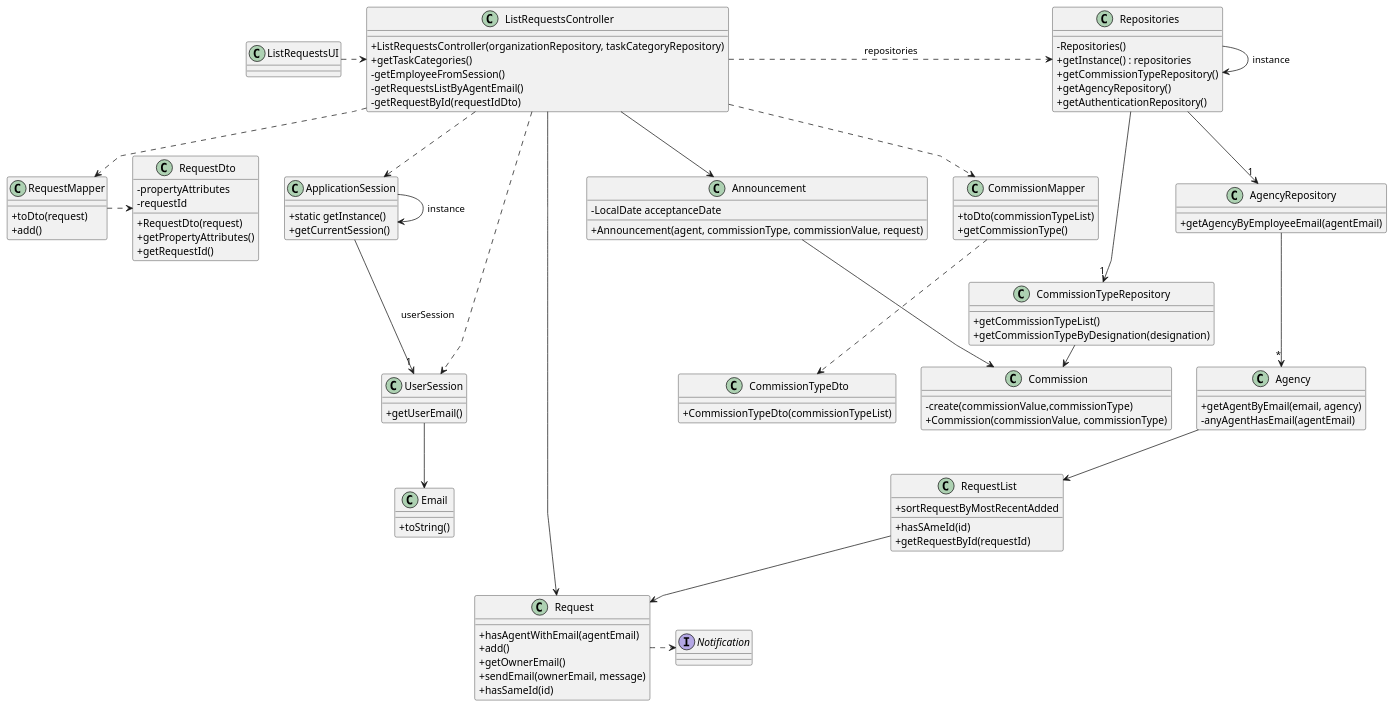
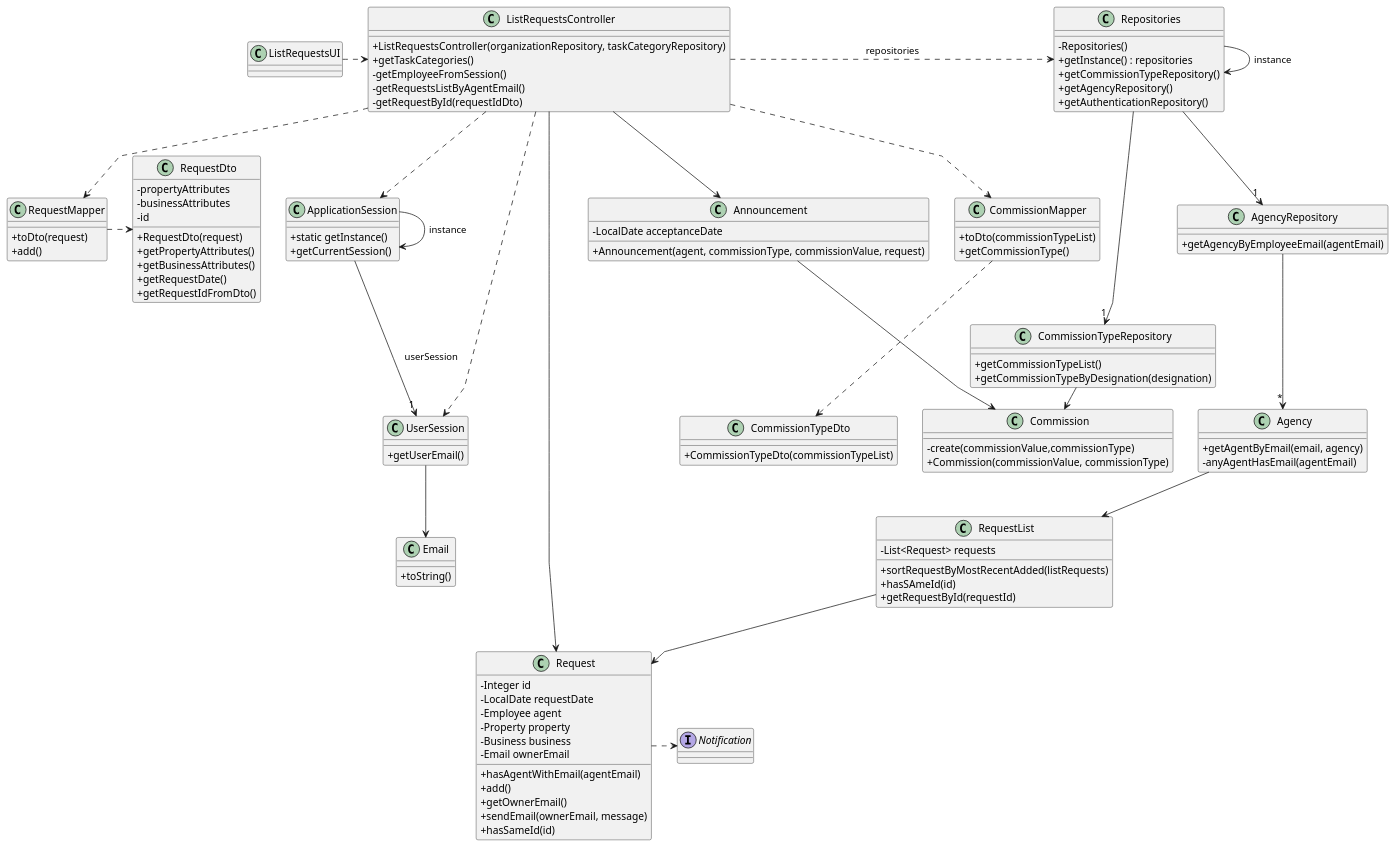
Before and after one commit to rita-barbosa/LAPR2-2223: the diagram in docs/sprintC/us008/03.design/puml/us008-class-diagram.puml, drawn with PlantUML. The commit also changed 1 other file, not shown here.

Commit message:
Update Class Diagram + SVG [US008][Design]

```diff
--- a/docs/sprintC/us008/03.design/puml/us008-class-diagram.puml
+++ b/docs/sprintC/us008/03.design/puml/us008-class-diagram.puml
@@ -1,151 +1,163 @@
 @startuml
 'skinparam monochrome true
 skinparam packageStyle rectangle
 skinparam shadowing false
 skinparam linetype polyline
 'skinparam linetype orto
 
 skinparam classAttributeIconSize 0
 
 'left to right direction
 
 class ApplicationSession {
     + static getInstance()
     + getCurrentSession()
 }
 
 class UserSession {
     + getUserEmail()
 }
 
 'class Person {
 '    - agentEmail
 '}
 
 class CommissionTypeRepository {
     + getCommissionTypeList()
     + getCommissionTypeByDesignation(designation)
 }
 
 class AgencyRepository {
     + getAgencyByEmployeeEmail(agentEmail)
 }
 
 class Repositories {
     - Repositories()
     + getInstance() : repositories
     + getCommissionTypeRepository()
     + getAgencyRepository()
     + getAuthenticationRepository()
 }
 
 class ListRequestsController {
     + ListRequestsController(organizationRepository, taskCategoryRepository)
     + getTaskCategories()
     - getEmployeeFromSession()
     - getRequestsListByAgentEmail()
     - getRequestById(requestIdDto)
 
 }
 
 class ListRequestsUI {
 }
 
 class Email{
  +toString()
 }
 
 class Announcement{
     - LocalDate acceptanceDate
     + Announcement(agent, commissionType, commissionValue, request)
 }
 
 class Commission{
     - create(commissionValue,commissionType)
     + Commission(commissionValue, commissionType)
 }
 
 class Agency{
     + getAgentByEmail(email, agency)
     - anyAgentHasEmail(agentEmail)
 }
 
 class Request{
+-Integer id
+-LocalDate requestDate
+-Employee agent
+-Property property
+-Business business
+-Email ownerEmail
+
 +hasAgentWithEmail(agentEmail)
 +add()
 +getOwnerEmail()
 +sendEmail(ownerEmail, message)
 +hasSameId(id)
 }
 
 class RequestList{
-+sortRequestByMostRecentAdded
+-List<Request> requests
+
++sortRequestByMostRecentAdded(listRequests)
 +hasSAmeId(id)
 +getRequestById(requestId)
 }
 
 class RequestMapper{
 +toDto(request)
 +add()
 }
 
 class RequestDto{
 -propertyAttributes
--requestId
+-businessAttributes
+-id
 
 +RequestDto(request)
 +getPropertyAttributes()
-+getRequestId()
++getBusinessAttributes()
++getRequestDate()
++getRequestIdFromDto()
 }
 
 interface Notification{
 }
 
 class CommissionMapper{
 +toDto(commissionTypeList)
 +getCommissionType()
 }
 
 class CommissionTypeDto{
 +CommissionTypeDto(commissionTypeList)
 
 }
 
 
 
 Repositories -> Repositories : instance
 ApplicationSession -> ApplicationSession : instance
 
 ListRequestsUI .> ListRequestsController
 
 ListRequestsController .> Repositories : repositories
 
 Repositories --> "1" AgencyRepository
 Repositories --> "1" CommissionTypeRepository
 
 AgencyRepository --> "*" Agency
 
 ApplicationSession --> "1" UserSession : userSession
 UserSession --> Email
 
 ListRequestsController ..> ApplicationSession
 ListRequestsController ..> UserSession
 
 ListRequestsController ..> RequestMapper
 ListRequestsController ..> CommissionMapper
 ListRequestsController --> Announcement
 ListRequestsController -> Request
 Agency --> RequestList
 RequestList --> Request
 Request .> Notification
 CommissionTypeRepository -> Commission
 Announcement --> Commission
 CommissionMapper ..> CommissionTypeDto
 RequestMapper .> RequestDto
 
 
 
 
 
 
 @enduml
```
